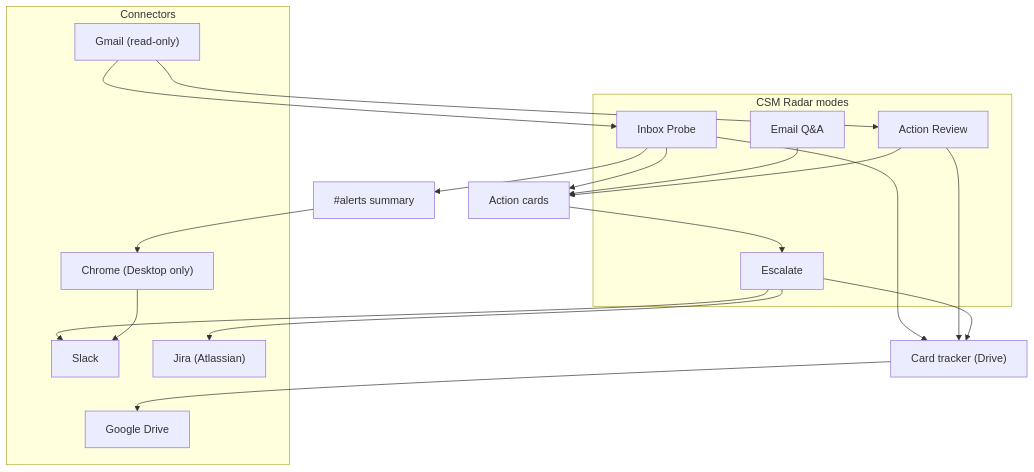
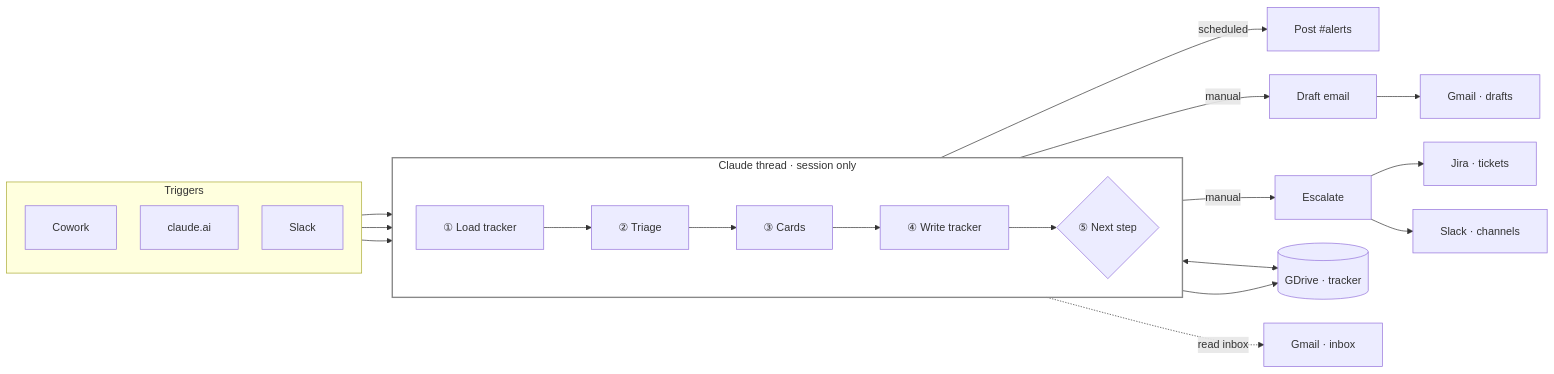
The second of 2 diagrams in SETUP-GUIDE.md (sangyoon-pak/sova_claude), drawn with Mermaid before and after one commit. The commit also changed other lines of this file and 2 other files, not shown here.

First line of the commit message:
Improve setup guide workflow and architecture documentation.

````diff
--- a/SETUP-GUIDE.md
+++ b/SETUP-GUIDE.md
@@ -80,33 +122,37 @@
 ```mermaid
-flowchart TB
-    subgraph connectors["Connectors"]
-        Gmail["Gmail (read-only)"]
-        Drive["Google Drive"]
-        Slack["Slack"]
-        Jira["Jira (Atlassian)"]
-        Chrome["Chrome (Desktop only)"]
+---
+config:
+  flowchart:
+    padding: 20
+    nodeSpacing: 35
+    rankSpacing: 45
+---
+flowchart LR
+    subgraph triggers["Triggers"]
+        direction TB
+        T1["Cowork"]
+        T2["claude.ai"]
+        T3["Slack"]
     end
 
-    subgraph modes["CSM Radar modes"]
-        Probe["Inbox Probe"]
-        QnA["Email Q&A"]
-        Review["Action Review"]
-        Escalate["Escalate"]
+    subgraph session["Claude thread · session only"]
+        direction LR
+        S1["① Load tracker"] --> S2["② Triage"] --> S3["③ Cards"] --> S4["④ Write tracker"] --> S5{"⑤ Next step"}
     end
 
-    Gmail --> Probe
-    Gmail --> Review
-    Probe --> Cards["Action cards"]
-    QnA --> Cards
-    Review --> Cards
-    Cards --> Escalate
-    Escalate --> Jira
-    Escalate --> Slack
-    Probe --> Tracker["Card tracker (Drive)"]
-    Review --> Tracker
-    Escalate --> Tracker
-    Tracker --> Drive
-    Probe --> Alerts["#alerts summary"]
-    Alerts --> Chrome
-    Chrome --> Slack
+    T1 & T2 & T3 --> S1
+
+    S5 -->|scheduled| P1["Post #alerts"]
+    S5 -->|manual| P2["Draft email"]
+    S5 -->|manual| P3["Escalate"]
+
+    P2 --> G1["Gmail · drafts"]
+    P3 --> G2["Jira · tickets"]
+    P3 --> G3["Slack · channels"]
+
+    S1 <--> GD[("GDrive · tracker")]
+    S4 --> GD
+    S2 -.->|read inbox| G0["Gmail · inbox"]
+
+    style session fill:none,stroke:#888,stroke-width:2px
 ```
````
